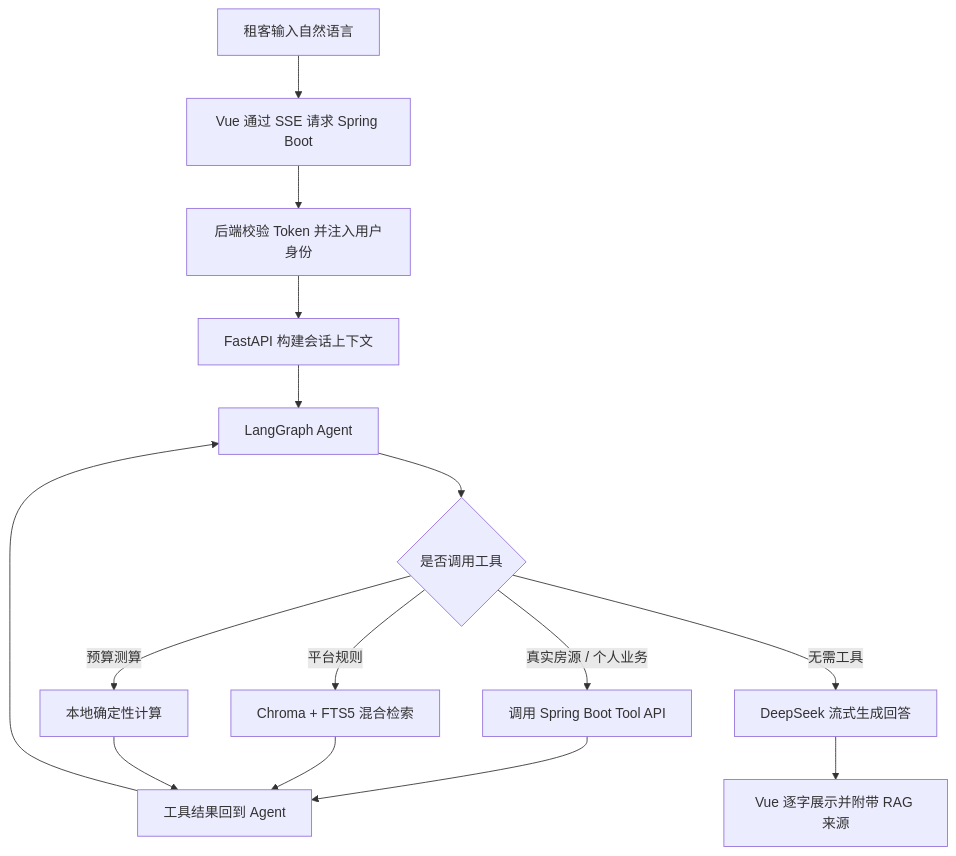
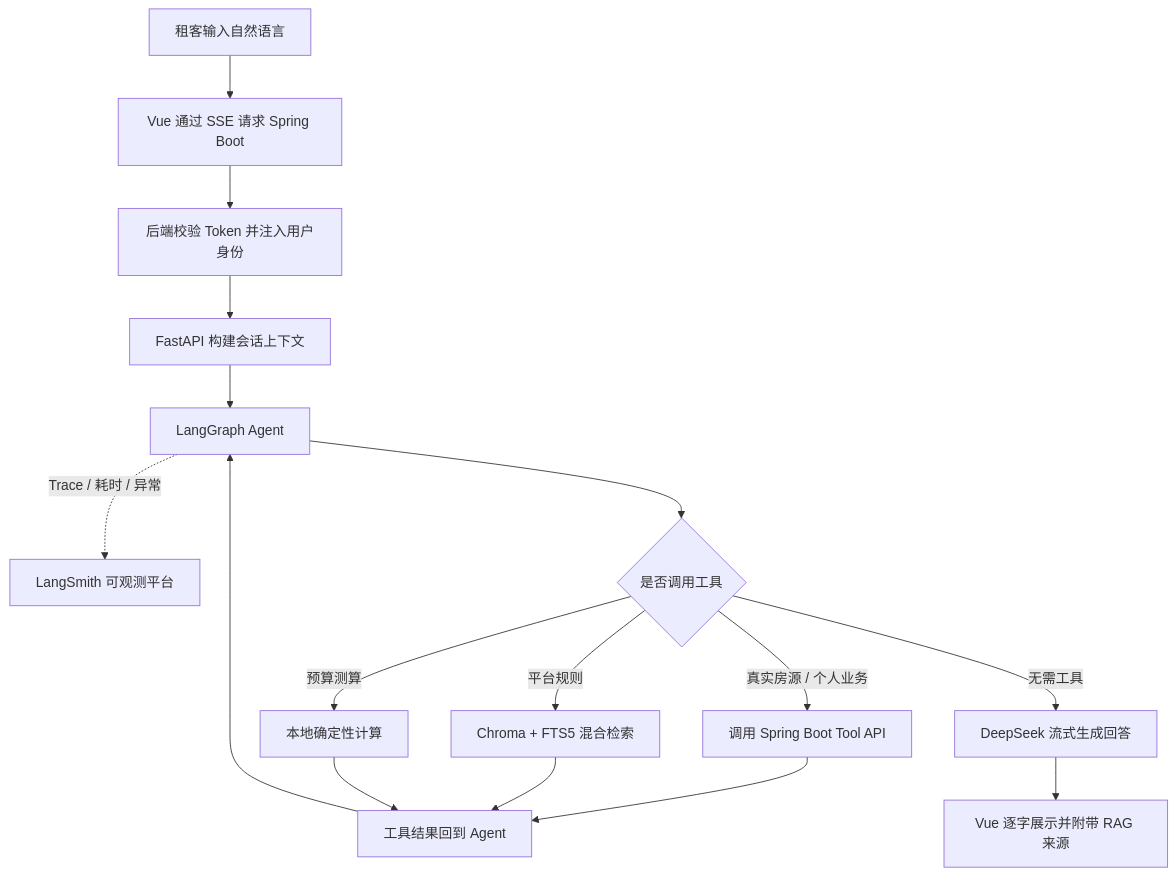
Before and after one commit to yunjianyoufeng/house-rental-agent-system: the second of 2 diagrams in README.md, drawn with Mermaid. The commit also changed other lines of this file and 1 other file, not shown here.

Commit message:
docs: showcase LangSmith tracing

````diff
--- a/README.md
+++ b/README.md
@@ -111,17 +117,18 @@
 ```mermaid
 flowchart TD
     A[租客输入自然语言] --> B[Vue 通过 SSE 请求 Spring Boot]
     B --> C[后端校验 Token 并注入用户身份]
     C --> D[FastAPI 构建会话上下文]
     D --> E[LangGraph Agent]
+    E -. Trace / 耗时 / 异常 .-> M[LangSmith 可观测平台]
     E --> F{是否调用工具}
     F -->|真实房源 / 个人业务| G[调用 Spring Boot Tool API]
     F -->|平台规则| H[Chroma + FTS5 混合检索]
     F -->|预算测算| I[本地确定性计算]
     G --> J[工具结果回到 Agent]
     H --> J
     I --> J
     J --> E
     F -->|无需工具| K[DeepSeek 流式生成回答]
     K --> L[Vue 逐字展示并附带 RAG 来源]
 ```
````
